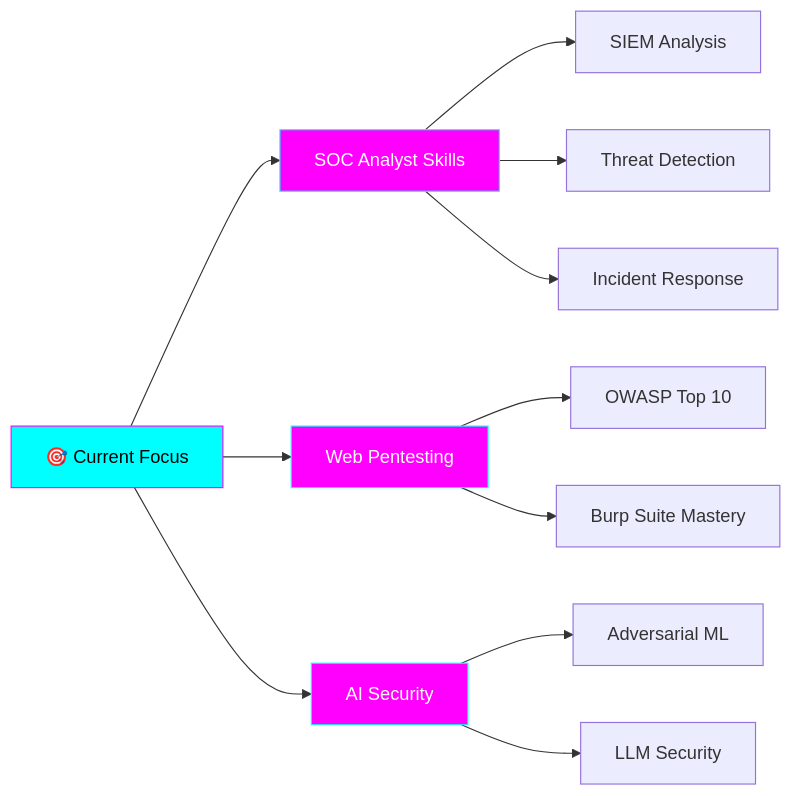
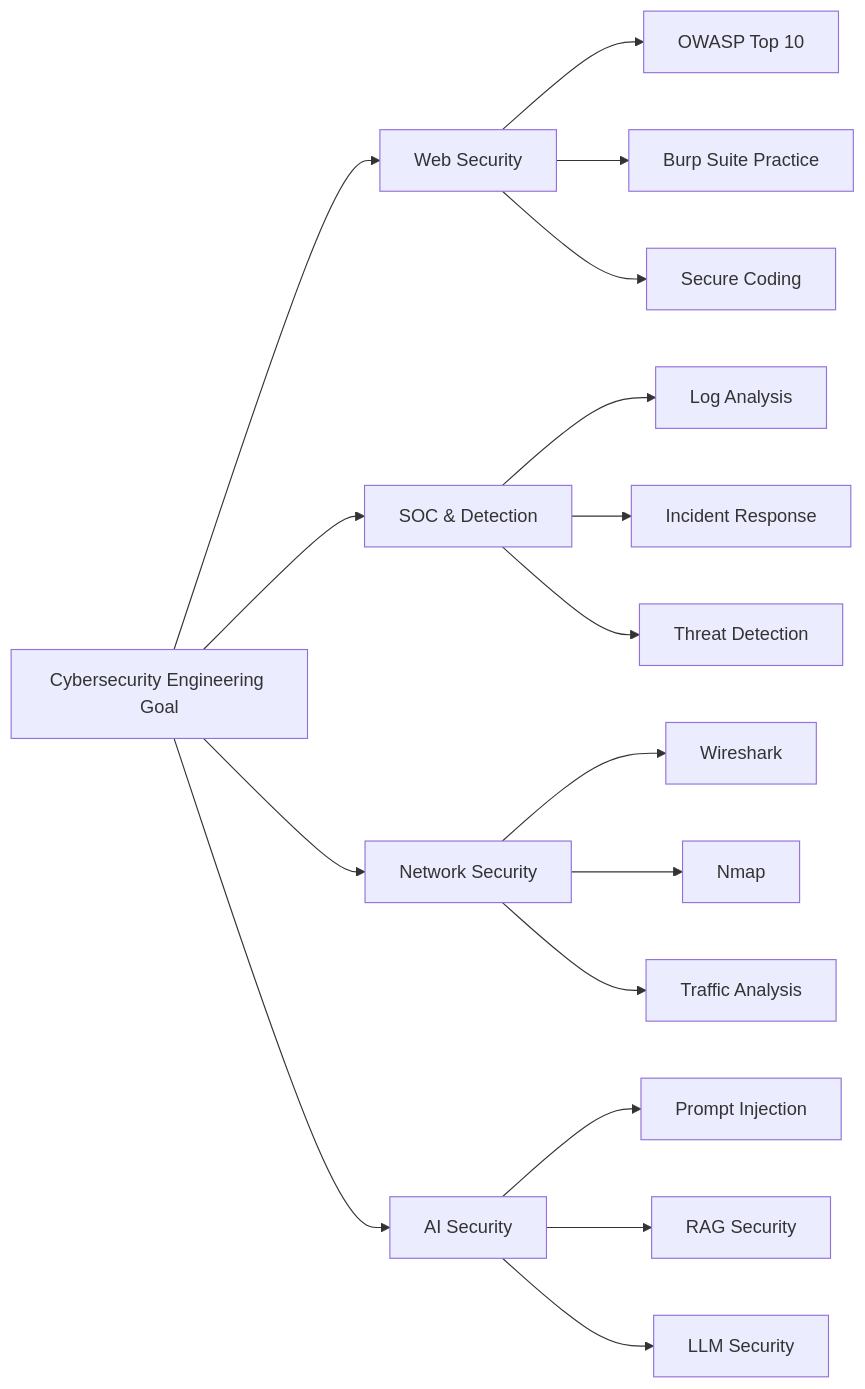
Before and after one commit to khaoulaettijani-iacs/About-Me: the diagram in README.md, drawn with Mermaid. The commit also changed other lines of this file, not shown here.

````diff
--- a/README.md
+++ b/README.md
@@ -110,21 +169,23 @@
 ```mermaid
 graph LR
-    A[🎯 Current Focus] --> B[SOC Analyst Skills]
-    A --> C[Web Pentesting]
-    A --> D[AI Security]
-    
-    B --> E[SIEM Analysis]
-    B --> F[Threat Detection]
-    B --> G[Incident Response]
-    
-    C --> H[OWASP Top 10]
-    C --> I[Burp Suite Mastery]
-    
-    D --> J[Adversarial ML]
-    D --> K[LLM Security]
-    
-    style A fill:#00FFFF,stroke:#FF00FF,color:#000
-    style B fill:#FF00FF,stroke:#00FFFF,color:#FFF
-    style C fill:#FF00FF,stroke:#00FFFF,color:#FFF
-    style D fill:#FF00FF,stroke:#00FFFF,color:#FFF
+    A[Cybersecurity Engineering Goal] --> B[Web Security]
+    A --> C[SOC & Detection]
+    A --> D[Network Security]
+    A --> E[AI Security]
+
+    B --> B1[OWASP Top 10]
+    B --> B2[Burp Suite Practice]
+    B --> B3[Secure Coding]
+
+    C --> C1[Log Analysis]
+    C --> C2[Incident Response]
+    C --> C3[Threat Detection]
+
+    D --> D1[Wireshark]
+    D --> D2[Nmap]
+    D --> D3[Traffic Analysis]
+
+    E --> E1[Prompt Injection]
+    E --> E2[RAG Security]
+    E --> E3[LLM Security]
 ```
````
